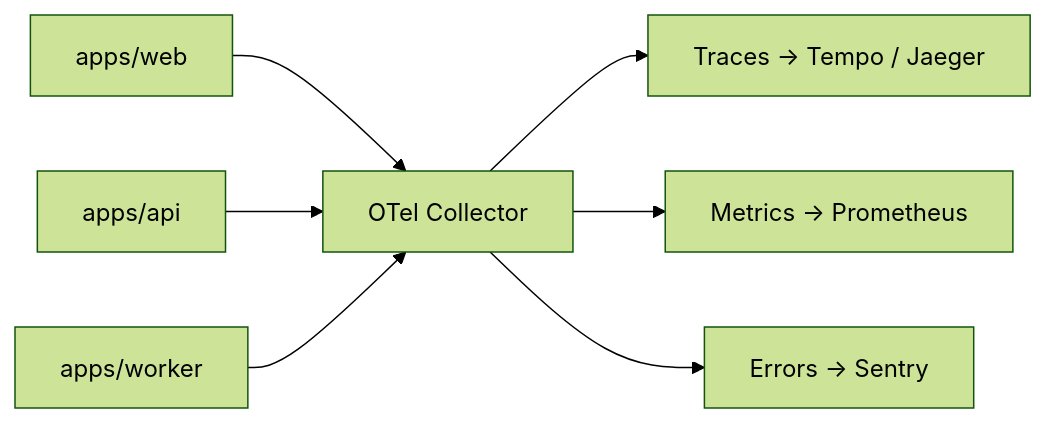
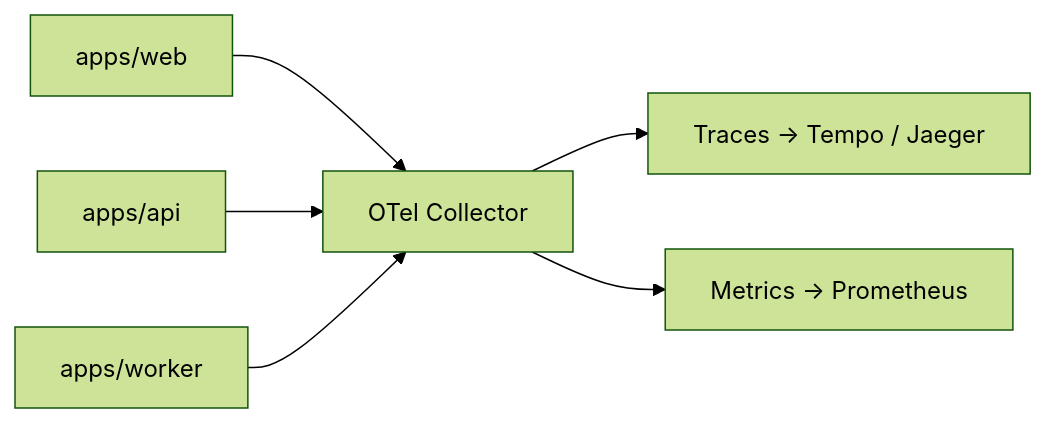
The diagram in docs/architecture/08-observability.md (jleveneur/nextjs-boilerplate), drawn with Mermaid (forest theme) before and after one commit. The commit also changed other lines of this file and 66 other files, not shown here.

````diff
--- a/docs/architecture/08-observability.md
+++ b/docs/architecture/08-observability.md
@@ -107,9 +107,8 @@
 ```mermaid
 flowchart LR
     W["apps/web"] --> COL["OTel Collector"]
     A["apps/api"] --> COL
     WK["apps/worker"] --> COL
     COL --> T["Traces → Tempo / Jaeger"]
     COL --> M["Metrics → Prometheus"]
-    COL --> S["Errors → Sentry"]
 ```
````
